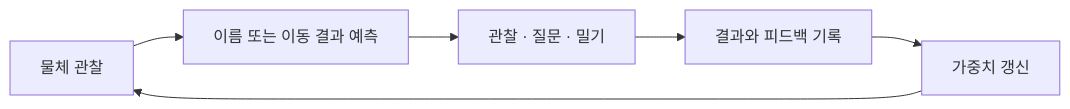
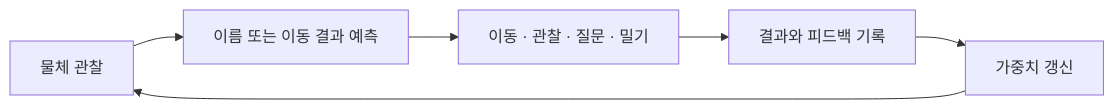
The diagram in README.md (uiwwsw/nascen), drawn with Mermaid before and after one commit. The commit also changed other lines of this file and 9 other files, not shown here.

````diff
--- a/README.md
+++ b/README.md
@@ -23,8 +23,8 @@
 ```mermaid
 flowchart LR
     A["물체 관찰"] --> B["이름 또는 이동 결과 예측"]
-    B --> C["관찰 · 질문 · 밀기"]
+    B --> C["이동 · 관찰 · 질문 · 밀기"]
     C --> D["결과와 피드백 기록"]
     D --> E["가중치 갱신"]
     E --> A
 ```
````
